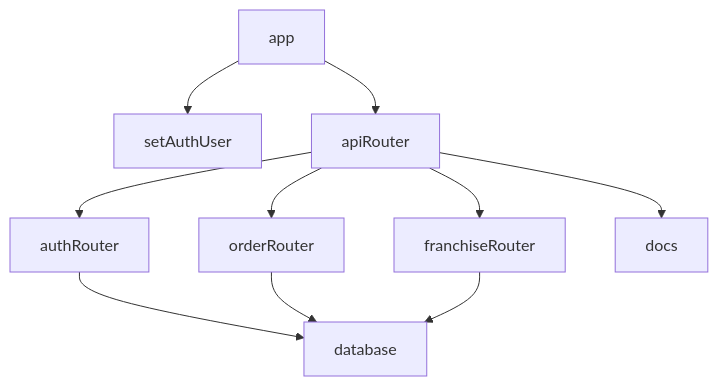
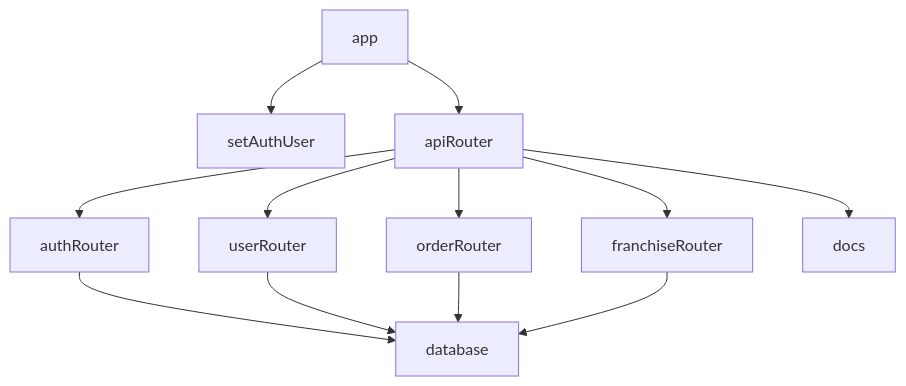
Before and after one commit to devops329/devops: the second of 2 diagrams in instruction/jwtPizzaService/jwtPizzaService.md, drawn with Mermaid. The commit also changed 5 other files, not shown here.

````diff
--- a/instruction/jwtPizzaService/jwtPizzaService.md
+++ b/instruction/jwtPizzaService/jwtPizzaService.md
@@ -119,13 +119,15 @@
 ```mermaid
 graph TB;
     app-->setAuthUser
     app-->apiRouter
     apiRouter-->authRouter
+    apiRouter-->userRouter
     apiRouter-->orderRouter
     apiRouter-->franchiseRouter
     apiRouter-->docs
     authRouter-->database
+    userRouter-->database
     orderRouter-->database
     franchiseRouter-->database
 
 ```
````
